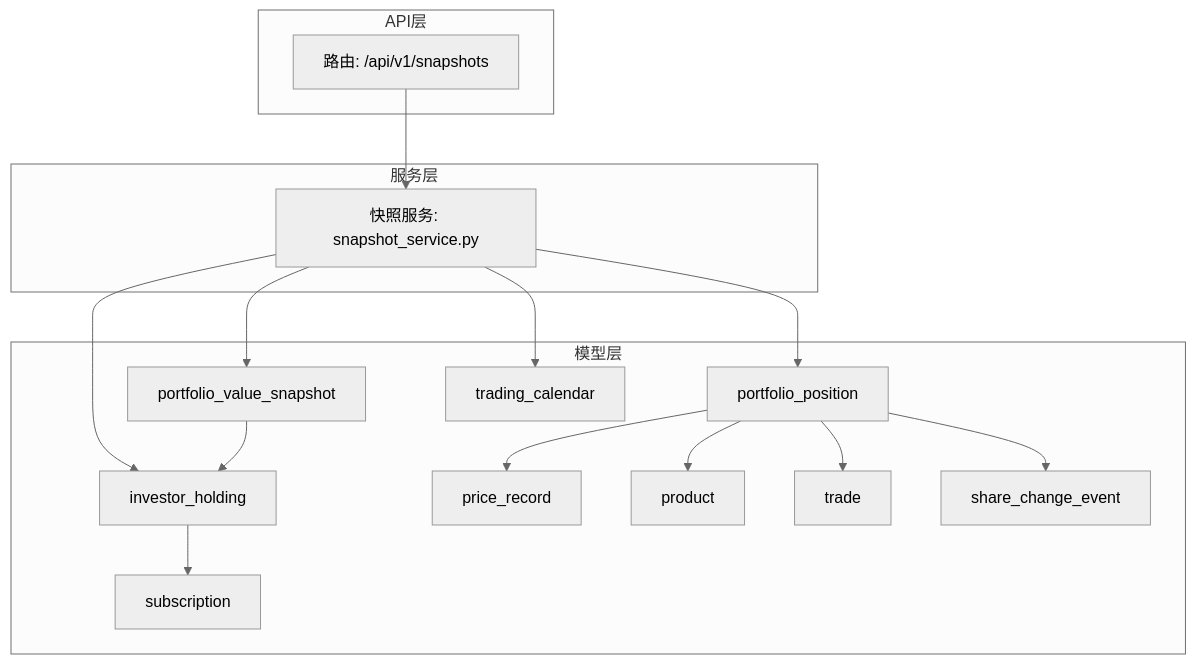
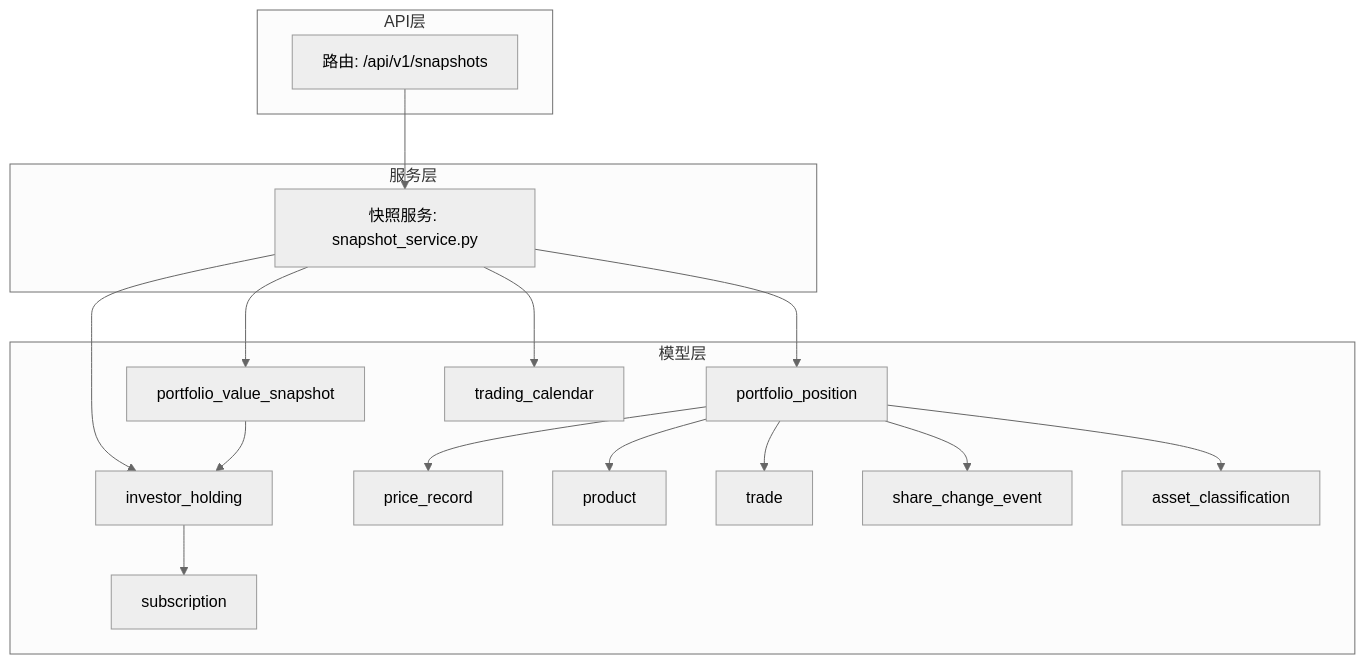
Before and after one commit to gujialind/InvestRing: the first of 4 diagrams in .qoder/repowiki/zh/content/核心业务功能/净值快照系统.md, drawn with Mermaid (neutral theme). The commit also changed other lines of this file and 44 other files, not shown here.

````diff
--- a/.qoder/repowiki/zh/content/核心业务功能/净值快照系统.md
+++ b/.qoder/repowiki/zh/content/核心业务功能/净值快照系统.md
@@ -55,31 +64,33 @@
 ```mermaid
 graph TB
 subgraph "API层"
 R["路由: /api/v1/snapshots"]
 end
 subgraph "服务层"
 S["快照服务: snapshot_service.py"]
 end
 subgraph "模型层"
 P["portfolio_position"]
 V["portfolio_value_snapshot"]
 H["investor_holding"]
 PR["price_record"]
 TR["trading_calendar"]
 PD["product"]
 TD["trade"]
 SB["subscription"]
 SE["share_change_event"]
+AC["asset_classification"]
 end
 R --> S
 S --> P
 S --> V
 S --> H
 P --> PR
 P --> PD
+P --> AC
 V --> H
 P --> TD
 H --> SB
 P --> SE
 S --> TR
 ```
````
